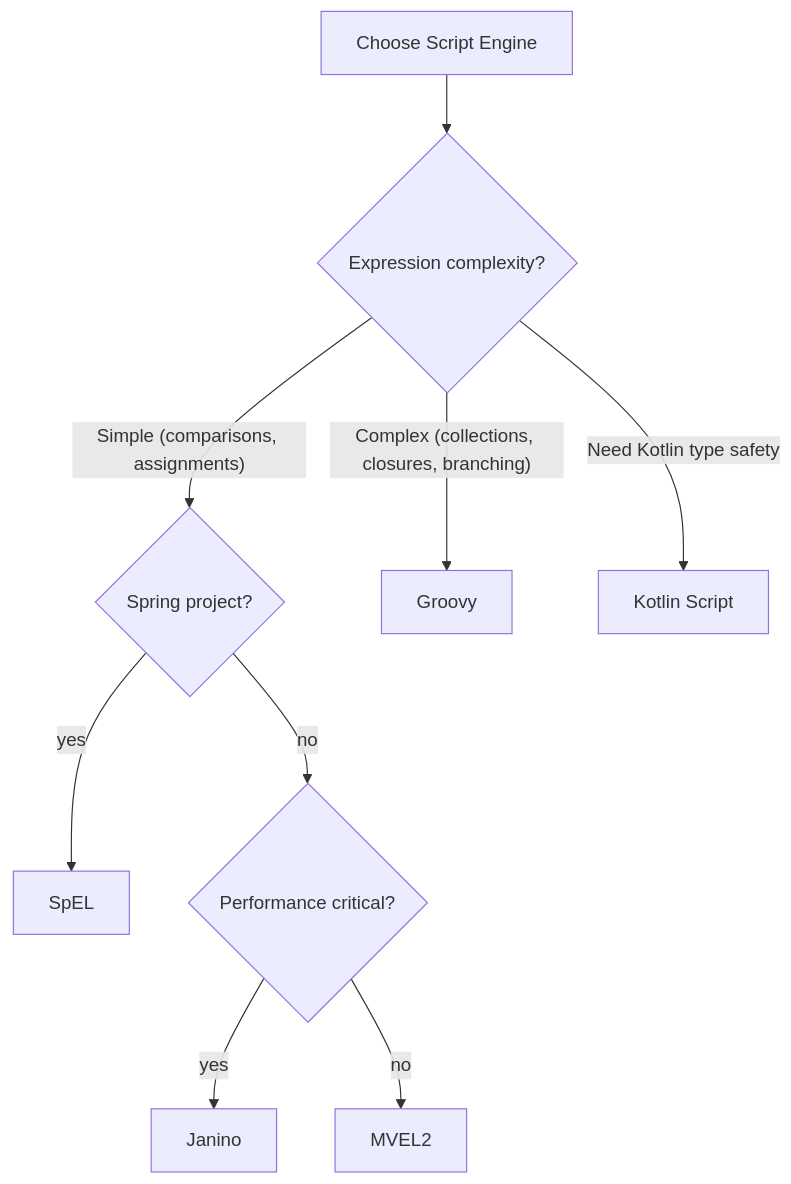
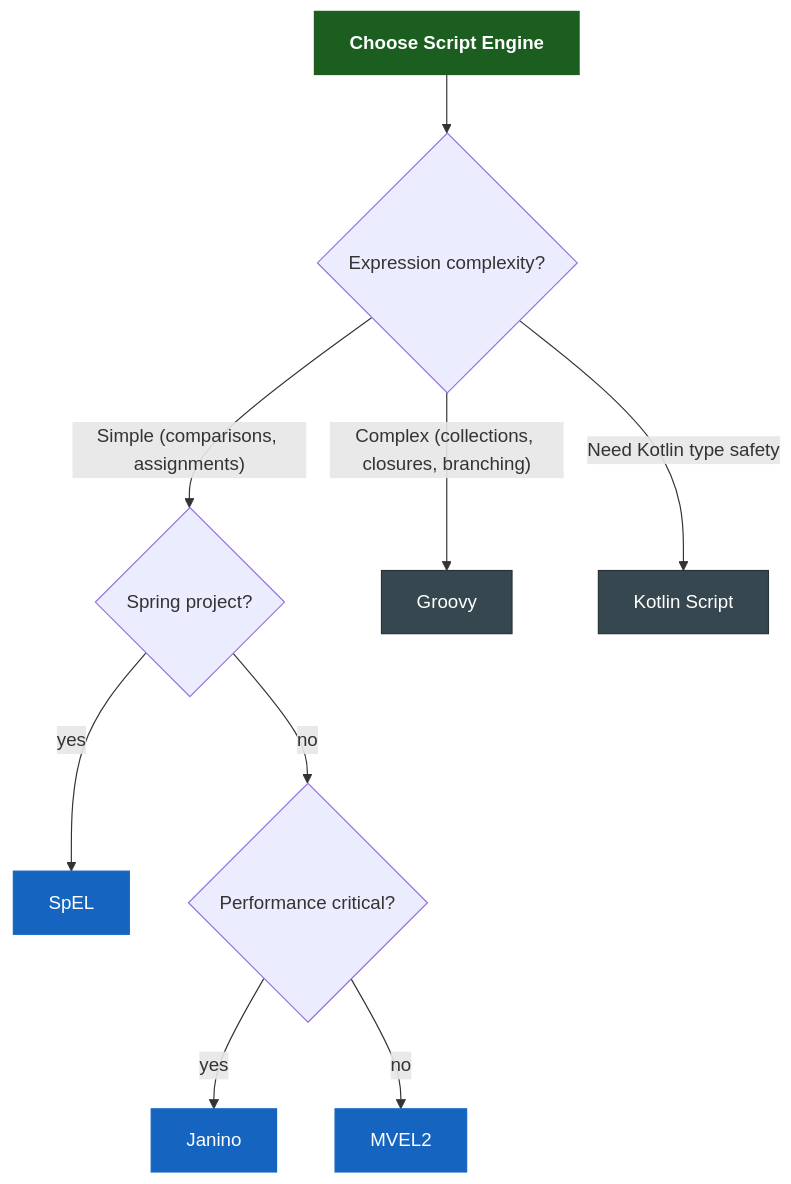
One commit to bluetape4k/bluetape4k-projects changed the eighth of 8 diagrams in utils/rule-engine/README.md. Above: the diagram before and after it, drawn with Mermaid. The commit also changed other lines of this file and 221 other files, not shown here.

First line of the commit message:
docs: 전체 모듈 README UML 다이어그램 보강 및 색상 업그레이드

````diff
--- a/utils/rule-engine/README.md
+++ b/utils/rule-engine/README.md
@@ -372,11 +428,19 @@
 ```mermaid
 flowchart TD
     A[Choose Script Engine] --> B{Expression complexity?}
     B -->|"Simple (comparisons, assignments)"| C{Spring project?}
     C -->|yes| D[SpEL]
     C -->|no| E{Performance critical?}
     E -->|yes| F[Janino]
     E -->|no| G[MVEL2]
     B -->|"Complex (collections, closures, branching)"| H[Groovy]
     B -->|"Need Kotlin type safety"| I[Kotlin Script]
+
+    classDef coreStyle fill:#1B5E20,stroke:#1B5E20,color:#FFFFFF,font-weight:bold
+    classDef serviceStyle fill:#1565C0,stroke:#1565C0,color:#FFFFFF
+    classDef extStyle fill:#37474F,stroke:#263238,color:#FFFFFF
+
+    class A coreStyle
+    class D,F,G serviceStyle
+    class H,I extStyle
 ```
````
